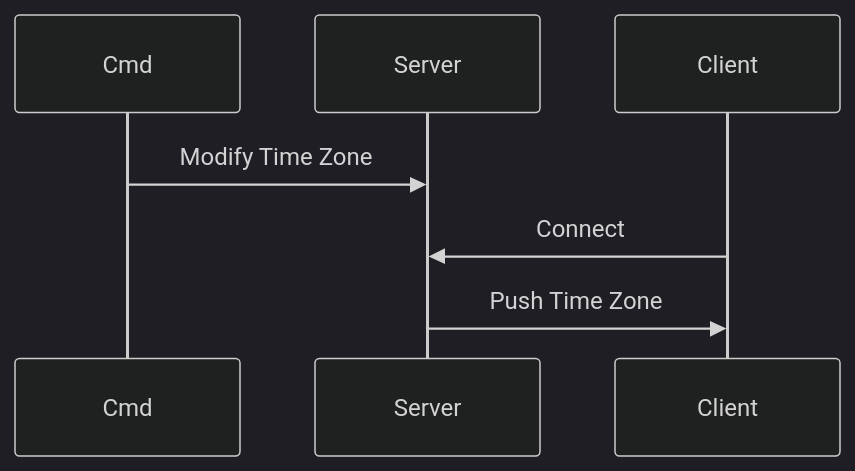
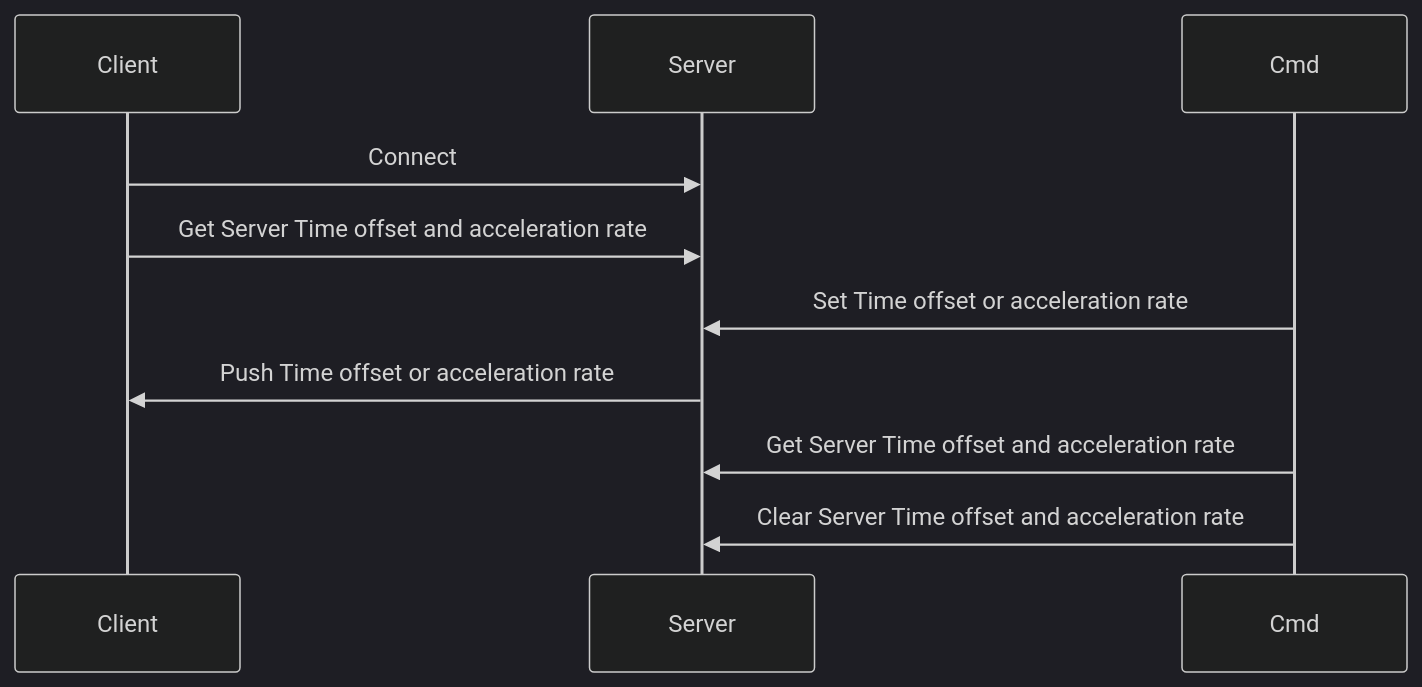
Before and after one commit to wangyuche/time-manager: the diagram in README.md, drawn with Mermaid (dark theme). The commit also changed 5 other files, not shown here.

Commit message:
1. 增加流程圖 2. 增加grpc proto

````diff
--- a/README.md
+++ b/README.md
@@ -3,6 +3,9 @@
 ```mermaid
 sequenceDiagram
-Cmd->>Server: Modify Time Zone
 Client->>Server: Connect
-Server->>Client: Push Time Zone
+Client->>Server: Get Server Time offset and acceleration rate
+Cmd->>Server: Set Time offset or acceleration rate
+Server->>Client: Push Time offset or acceleration rate
+Cmd->>Server: Get Server Time offset and acceleration rate
+Cmd->>Server: Clear Server Time offset and acceleration rate
 ```
````
